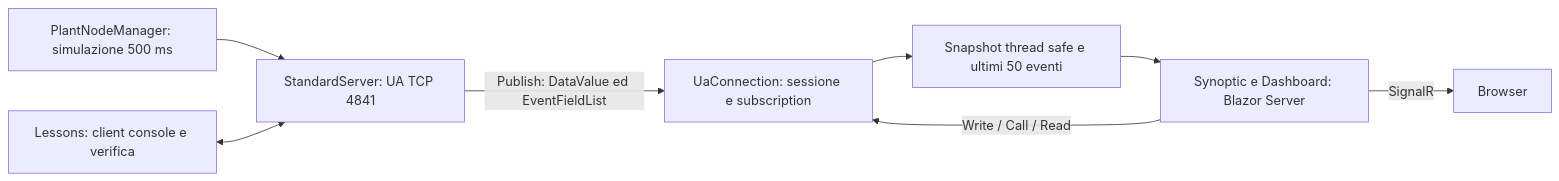
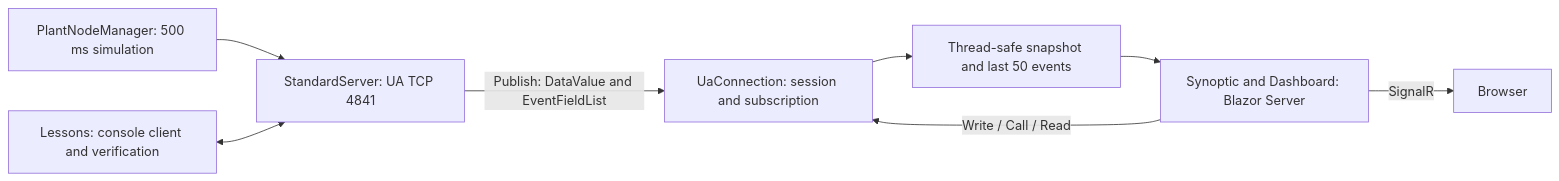
The diagram in docs/opcua-course/ARCHITECTURE.md (marcoparenzan/IndustrialSimExperiments), drawn with Mermaid before and after one commit. The commit also changed other lines of this file and 33 other files, not shown here.

````diff
--- a/docs/opcua-course/ARCHITECTURE.md
+++ b/docs/opcua-course/ARCHITECTURE.md
@@ -5,10 +5,10 @@
 ```mermaid
 flowchart LR
-    Sim[PlantNodeManager: simulazione 500 ms] --> UA[StandardServer: UA TCP 4841]
-    UA -->|Publish: DataValue ed EventFieldList| Conn[UaConnection: sessione e subscription]
-    Conn --> Cache[Snapshot thread safe e ultimi 50 eventi]
-    Cache --> UI[Synoptic e Dashboard: Blazor Server]
+    Sim[PlantNodeManager: 500 ms simulation] --> UA[StandardServer: UA TCP 4841]
+    UA -->|Publish: DataValue and EventFieldList| Conn[UaConnection: session and subscription]
+    Conn --> Cache[Thread-safe snapshot and last 50 events]
+    Cache --> UI[Synoptic and Dashboard: Blazor Server]
     UI -->|SignalR| Browser[Browser]
     UI -->|Write / Call / Read| Conn
-    Console[Lessons: client console e verifica] <--> UA
+    Console[Lessons: console client and verification] <--> UA
 ```
````
